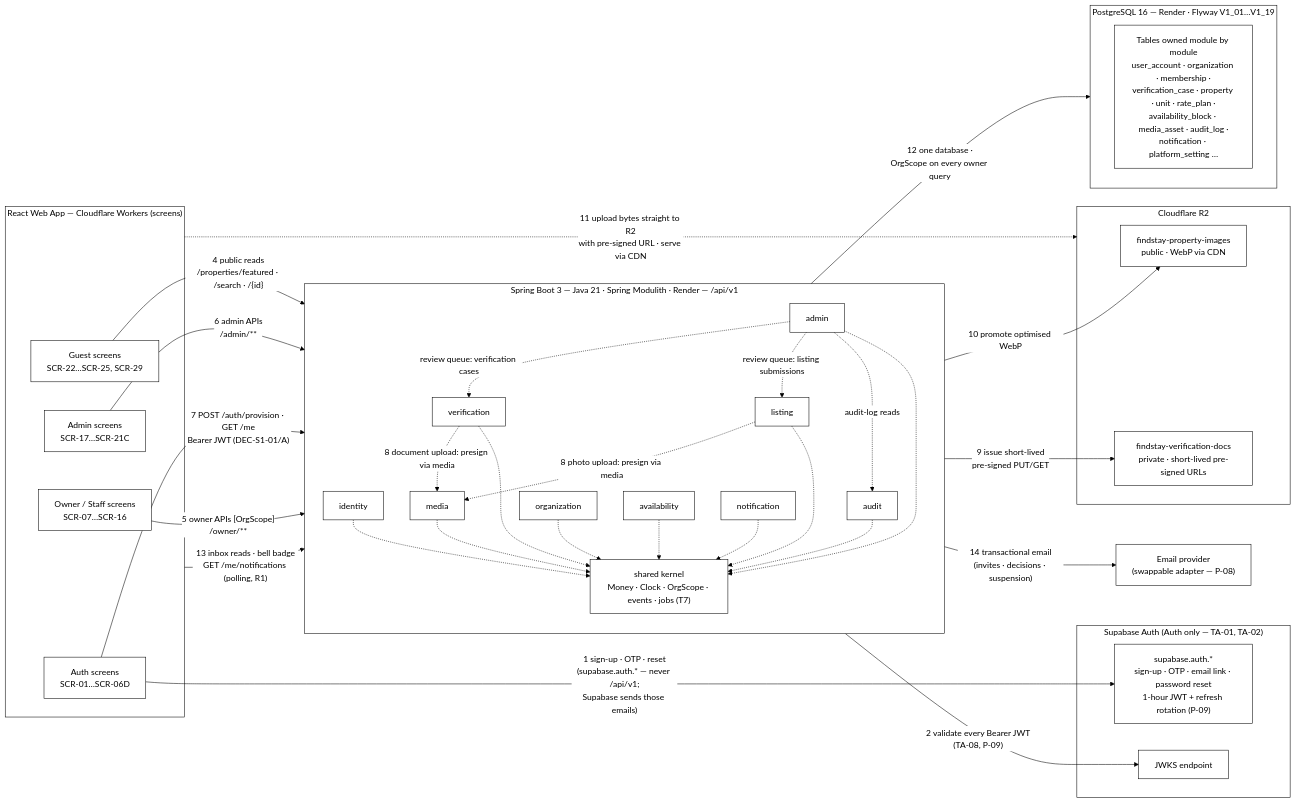
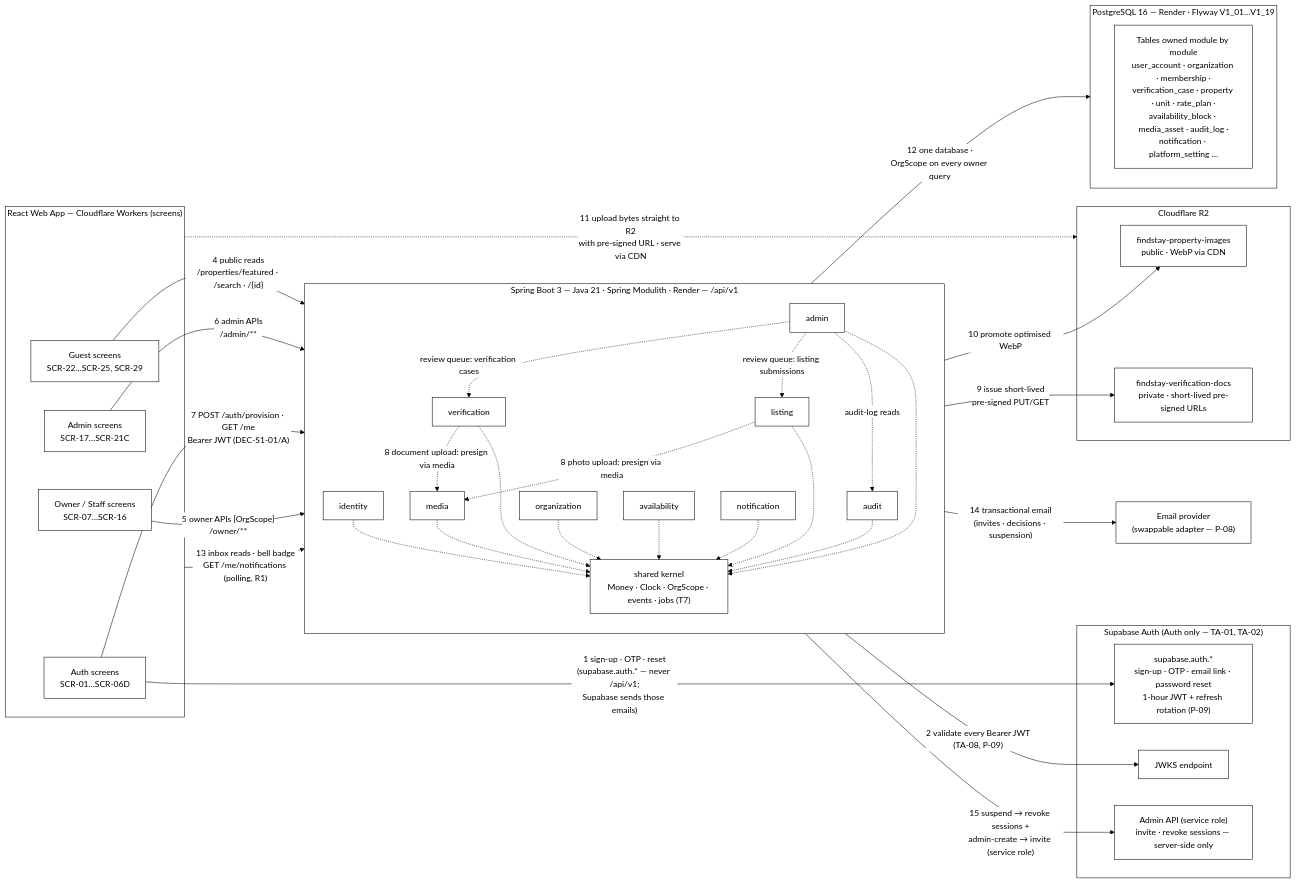
The first of 5 diagrams in docs/design/backend-architecture.md (ObboyeBossman/findstay), drawn with Mermaid before and after one commit. The commit also changed other lines of this file and 3 other files, not shown here.

````diff
--- a/docs/design/backend-architecture.md
+++ b/docs/design/backend-architecture.md
@@ -95,63 +113,65 @@
 ```mermaid
 %%{init: {'theme': 'base', 'themeVariables': { 'primaryColor': '#ffffff', 'primaryTextColor': '#000000', 'primaryBorderColor': '#000000', 'lineColor': '#000000', 'secondaryColor': '#ffffff', 'tertiaryColor': '#ffffff', 'background': '#ffffff', 'nodeBkg': '#ffffff', 'nodeBorder': '#000000', 'clusterBkg': '#ffffff', 'clusterBorder': '#000000', 'edgeLabelBackground': '#ffffff', 'textColor': '#000000' }}}%%
 flowchart LR
     subgraph BROWSER["React Web App — Cloudflare Workers (screens)"]
         SCR_G["Guest screens<br/>SCR-22…SCR-25, SCR-29"]
         SCR_AUTH["Auth screens<br/>SCR-01…SCR-06D"]
         SCR_OWN["Owner / Staff screens<br/>SCR-07…SCR-16"]
         SCR_ADM["Admin screens<br/>SCR-17…SCR-21C"]
     end
 
     subgraph SUPA["Supabase Auth (Auth only — TA-01, TA-02)"]
         SA["supabase.auth.*<br/>sign-up · OTP · email link · password reset<br/>1-hour JWT + refresh rotation (P-09)"]
         JWKS["JWKS endpoint"]
+        SADM["Admin API (service role)<br/>invite · revoke sessions — server-side only"]
     end
 
     subgraph API["Spring Boot 3 — Java 21 · Spring Modulith · Render — /api/v1"]
         direction TB
         MOD_ID["identity"]
         MOD_ORG["organization"]
         MOD_VER["verification"]
         MOD_LST["listing"]
         MOD_AVL["availability"]
         MED["media"]
         AUD["audit"]
         NOT["notification"]
         ADM["admin"]
         SHARED["shared kernel<br/>Money · Clock · OrgScope · events · jobs (T7)"]
     end
 
     subgraph R2["Cloudflare R2"]
         PUB["findstay-property-images<br/>public · WebP via CDN"]
         PRIV["findstay-verification-docs<br/>private · short-lived pre-signed URLs"]
     end
 
     MAIL["Email provider<br/>(swappable adapter — P-08)"]
 
     subgraph DB["PostgreSQL 16 — Render · Flyway V1_01…V1_19"]
         TBL["Tables owned module by module<br/>user_account · organization · membership ·<br/>verification_case · property · unit · rate_plan ·<br/>availability_block · media_asset · audit_log ·<br/>notification · platform_setting …"]
     end
 
     SCR_AUTH -- "1 sign-up · OTP · reset<br/>(supabase.auth.* — never /api/v1;<br/>Supabase sends those emails)" --> SA
     SCR_G -- "4 public reads<br/>/properties/featured · /search · /{id}" --> MOD_LST
     SCR_OWN -- "5 owner APIs [OrgScope]<br/>/owner/**" --> API
     SCR_ADM -- "6 admin APIs<br/>/admin/**" --> ADM
     SCR_AUTH -- "7 POST /auth/provision · GET /me<br/>Bearer JWT (DEC-S1-01/A)" --> MOD_ID
 
     API -- "2 validate every Bearer JWT<br/>(TA-08, P-09)" --> JWKS
+    MOD_ID -- "15 suspend → revoke sessions +<br/>admin-create → invite (service role)" --> SADM
 
     MOD_LST -. "8 photo upload: presign via media" .-> MED
     MOD_VER -. "8 document upload: presign via media" .-> MED
     ADM -. "review queue: verification cases" .-> MOD_VER
     ADM -. "review queue: listing submissions" .-> MOD_LST
     ADM -. "audit-log reads" .-> AUD
     MED -- "9 issue short-lived<br/>pre-signed PUT/GET" --> PRIV
     MED -- "10 promote optimised WebP" --> PUB
     BROWSER -. "11 upload bytes straight to R2<br/>with pre-signed URL · serve via CDN" .-> R2
 
     API -- "12 one database ·<br/>OrgScope on every owner query" --> DB
 
     BROWSER -- "13 inbox reads · bell badge<br/>GET /me/notifications (polling, R1)" --> NOT
     NOT -- "14 transactional email<br/>(invites · decisions · suspension)" --> MAIL
     MOD_ID & MOD_ORG & MOD_VER & MOD_LST & MOD_AVL & MED & AUD & NOT & ADM -.-> SHARED
 ```
````
